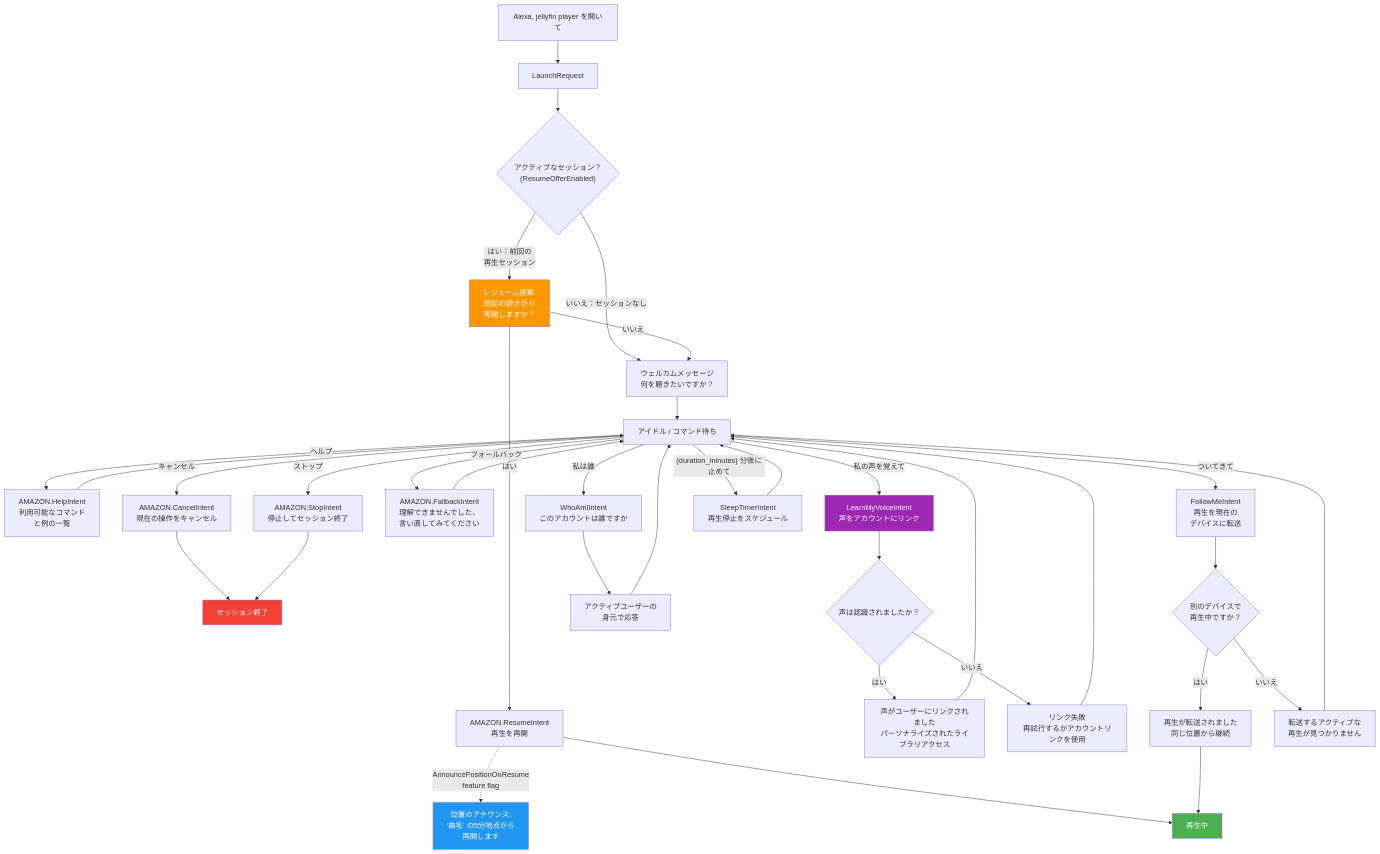
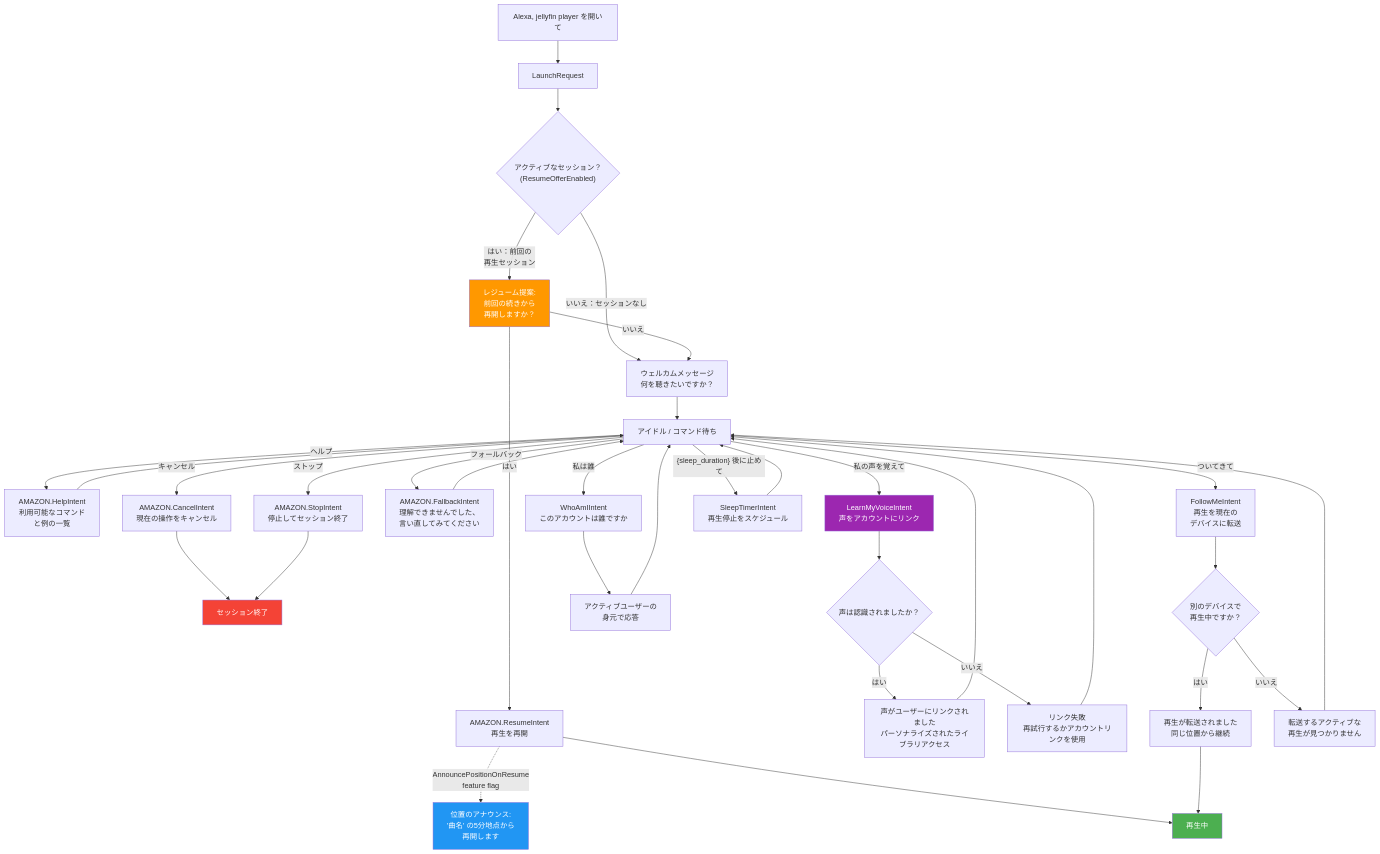
The diagram in docs/session-management-ja-JP.md (paoloantinori/jellyfin-alexa-plugin), drawn with Mermaid before and after one commit. The commit also changed 94 other files, not shown here.

````diff
--- a/docs/session-management-ja-JP.md
+++ b/docs/session-management-ja-JP.md
@@ -3,56 +3,56 @@
 ```mermaid
 graph TD
     Open["Alexa, jellyfin player を開いて"] --> LaunchRequest["LaunchRequest"]
 
     LaunchRequest --> HasSession{"アクティブなセッション？<br/>(ResumeOfferEnabled)"}
 
     HasSession -->|"はい：前回の<br/>再生セッション"| ResumeOffer["レジューム提案:<br/>前回の続きから<br/>再開しますか？"]
     HasSession -->|"いいえ：セッションなし"| Welcome["ウェルカムメッセージ<br/>何を聴きたいですか？"]
 
     ResumeOffer -->|"はい"| ResumePlay["AMAZON.ResumeIntent<br/>再生を再開"]
     ResumeOffer -->|"いいえ"| Welcome
 
     ResumePlay -.->|"AnnouncePositionOnResume<br/>feature flag"| PositionAnnounce["位置のアナウンス:<br/>'曲名' の5分地点から<br/>再開します"]
     ResumePlay --> Playing["再生中"]
 
     Welcome --> Idle["アイドル / コマンド待ち"]
 
     Idle -->|"ヘルプ"| Help["AMAZON.HelpIntent<br/>利用可能なコマンド<br/>と例の一覧"]
     Idle -->|"キャンセル"| Cancel["AMAZON.CancelIntent<br/>現在の操作をキャンセル"]
     Idle -->|"ストップ"| Stop["AMAZON.StopIntent<br/>停止してセッション終了"]
     Idle -->|"フォールバック"| Fallback["AMAZON.FallbackIntent<br/>理解できませんでした、<br/>言い直してみてください"]
 
     Help --> Idle
     Cancel --> EndSession["セッション終了"]
     Stop --> EndSession
     Fallback --> Idle
 
     Idle -->|"私の声を覚えて"| VoiceLink["LearnMyVoiceIntent<br/>声をアカウントにリンク"]
     VoiceLink --> VoiceResult{"声は認識されましたか？"}
     VoiceResult -->|"はい"| Linked["声がユーザーにリンクされました<br/>パーソナライズされたライブラリアクセス"]
     VoiceResult -->|"いいえ"| LinkFailed["リンク失敗<br/>再試行するかアカウントリンクを使用"]
 
     Linked --> Idle
     LinkFailed --> Idle
 
     Idle -->|"私は誰"| WhoAmI["WhoAmIIntent<br/>このアカウントは誰ですか"]
     WhoAmI --> IdentityResp["アクティブユーザーの<br/>身元で応答"]
     IdentityResp --> Idle
 
     Idle -->|"ついてきて"| FollowMe["FollowMeIntent<br/>再生を現在の<br/>デバイスに転送"]
     FollowMe --> FollowTransfer{"別のデバイスで<br/>再生中ですか？"}
     FollowTransfer -->|"はい"| TransferOK["再生が転送されました<br/>同じ位置から継続"]
     FollowTransfer -->|"いいえ"| NoTransfer["転送するアクティブな<br/>再生が見つかりません"]
 
     TransferOK --> Playing
     NoTransfer --> Idle
 
-    Idle -->|"{duration_minutes} 分後に止めて"| Sleep["SleepTimerIntent<br/>再生停止をスケジュール"]
+    Idle -->|"{sleep_duration} 後に止めて"| Sleep["SleepTimerIntent<br/>再生停止をスケジュール"]
     Sleep --> Idle
 
     style Playing fill:#4CAF50,color:#fff
     style EndSession fill:#f44336,color:#fff
     style VoiceLink fill:#9C27B0,color:#fff
     style ResumeOffer fill:#FF9800,color:#fff
     style PositionAnnounce fill:#2196F3,color:#fff
 ```
````
